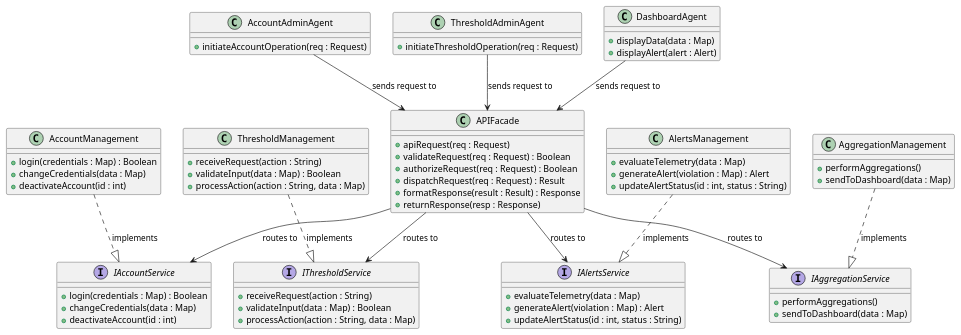
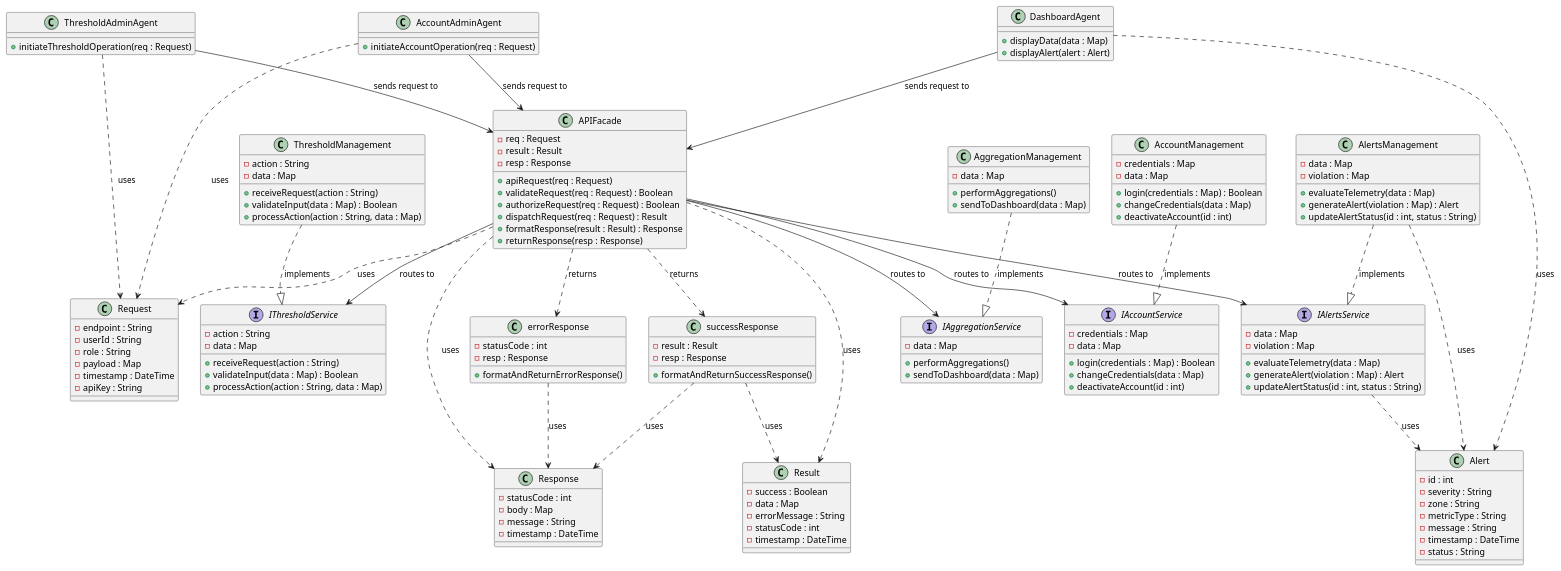
One commit to harmanpreet-sagar/sfwreng-3a04-group6-t01-scemas changed the diagram in docs/diagrams/plantuml/class/api_facade_class.puml. Above: the diagram before and after it, drawn with PlantUML.

Commit message:
update api facade class diagram

```diff
--- a/docs/diagrams/plantuml/class/api_facade_class.puml
+++ b/docs/diagrams/plantuml/class/api_facade_class.puml
@@ -1,83 +1,168 @@
 @startuml APIFacade_ClassDiagram
 
-class APIFacade {
-  +apiRequest(req : Request)
-  +validateRequest(req : Request) : Boolean
-  +authorizeRequest(req : Request) : Boolean
-  +dispatchRequest(req : Request) : Result
-  +formatResponse(result : Result) : Response
-  +returnResponse(resp : Response)
+class Request {
+  -endpoint : String
+  -userId : String
+  -role : String
+  -payload : Map
+  -timestamp : DateTime
+  -apiKey : String
+}
+
+class Result {
+  -success : Boolean
+  -data : Map
+  -errorMessage : String
+  -statusCode : int
+  -timestamp : DateTime
+}
+
+class Response {
+  -statusCode : int
+  -body : Map
+  -message : String
+  -timestamp : DateTime
+}
+
+class Alert {
+  -id : int
+  -severity : String
+  -zone : String
+  -metricType : String
+  -message : String
+  -timestamp : DateTime
+  -status : String
 }
 
 class AccountAdminAgent {
   +initiateAccountOperation(req : Request)
 }
 
 class ThresholdAdminAgent {
   +initiateThresholdOperation(req : Request)
 }
 
 class DashboardAgent {
   +displayData(data : Map)
   +displayAlert(alert : Alert)
 }
 
+class APIFacade {
+  -req : Request
+  -result : Result
+  -resp : Response
+  +apiRequest(req : Request)
+  +validateRequest(req : Request) : Boolean
+  +authorizeRequest(req : Request) : Boolean
+  +dispatchRequest(req : Request) : Result
+  +formatResponse(result : Result) : Response
+  +returnResponse(resp : Response)
+}
+
 interface IThresholdService {
+  -action : String
+  -data : Map
   +receiveRequest(action : String)
   +validateInput(data : Map) : Boolean
   +processAction(action : String, data : Map)
 }
 
 interface IAccountService {
+  -credentials : Map
+  -data : Map
   +login(credentials : Map) : Boolean
   +changeCredentials(data : Map)
   +deactivateAccount(id : int)
 }
 
 interface IAlertsService {
+  -data : Map
+  -violation : Map
   +evaluateTelemetry(data : Map)
   +generateAlert(violation : Map) : Alert
   +updateAlertStatus(id : int, status : String)
 }
 
 interface IAggregationService {
+  -data : Map
   +performAggregations()
   +sendToDashboard(data : Map)
 }
 
 class ThresholdManagement {
+  -action : String
+  -data : Map
   +receiveRequest(action : String)
   +validateInput(data : Map) : Boolean
   +processAction(action : String, data : Map)
 }
 
 class AccountManagement {
+  -credentials : Map
+  -data : Map
   +login(credentials : Map) : Boolean
   +changeCredentials(data : Map)
   +deactivateAccount(id : int)
 }
 
 class AlertsManagement {
+  -data : Map
+  -violation : Map
   +evaluateTelemetry(data : Map)
   +generateAlert(violation : Map) : Alert
   +updateAlertStatus(id : int, status : String)
 }
 
 class AggregationManagement {
+  -data : Map
   +performAggregations()
   +sendToDashboard(data : Map)
 }
 
-AccountAdminAgent --> APIFacade : sends request to
+class successResponse {
+  -result : Result
+  -resp : Response
+  +formatAndReturnSuccessResponse()
+}
+
+class errorResponse {
+  -statusCode : int
+  -resp : Response
+  +formatAndReturnErrorResponse()
+}
+
+' Custom type dependencies
+AccountAdminAgent ..> Request   : uses
+ThresholdAdminAgent ..> Request : uses
+DashboardAgent ..> Alert        : uses
+APIFacade ..> Request           : uses
+APIFacade ..> Result            : uses
+APIFacade ..> Response          : uses
+IAlertsService ..> Alert        : uses
+AlertsManagement ..> Alert      : uses
+successResponse ..> Result      : uses
+successResponse ..> Response    : uses
+errorResponse ..> Response      : uses
+
+' Agents send requests to APIFacade
+AccountAdminAgent   --> APIFacade : sends request to
 ThresholdAdminAgent --> APIFacade : sends request to
-DashboardAgent --> APIFacade : sends request to
-APIFacade --> IThresholdService : routes to
-APIFacade --> IAccountService : routes to
-APIFacade --> IAlertsService : routes to
+DashboardAgent      --> APIFacade : sends request to
+
+' APIFacade routes to service interfaces
+APIFacade --> IThresholdService   : routes to
+APIFacade --> IAccountService     : routes to
+APIFacade --> IAlertsService      : routes to
 APIFacade --> IAggregationService : routes to
-ThresholdManagement ..|> IThresholdService : implements
-AccountManagement ..|> IAccountService : implements
-AlertsManagement ..|> IAlertsService : implements
+
+' APIFacade produces success or error response
+APIFacade ..> successResponse : returns
+APIFacade ..> errorResponse   : returns
+
+' Concrete classes implement service interfaces
+ThresholdManagement   ..|> IThresholdService   : implements
+AccountManagement     ..|> IAccountService     : implements
+AlertsManagement      ..|> IAlertsService      : implements
 AggregationManagement ..|> IAggregationService : implements
 
 @enduml
```
